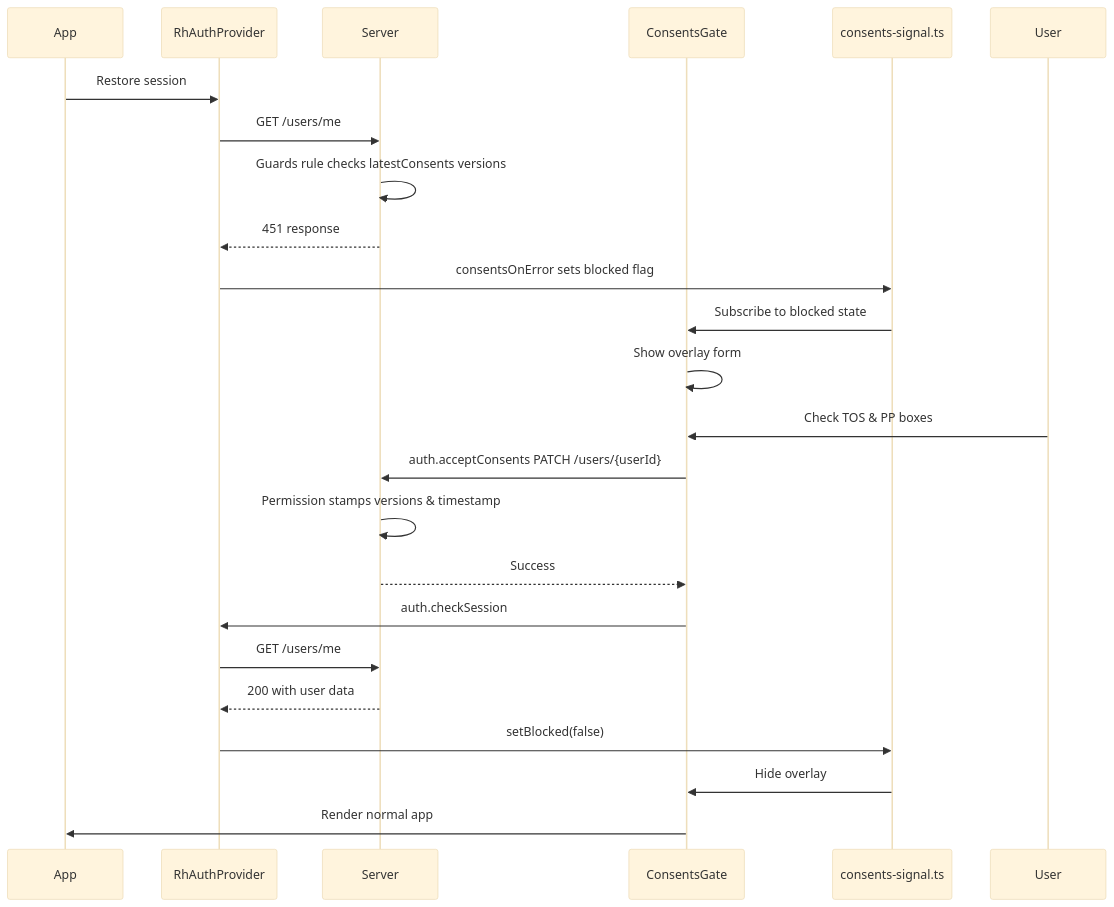
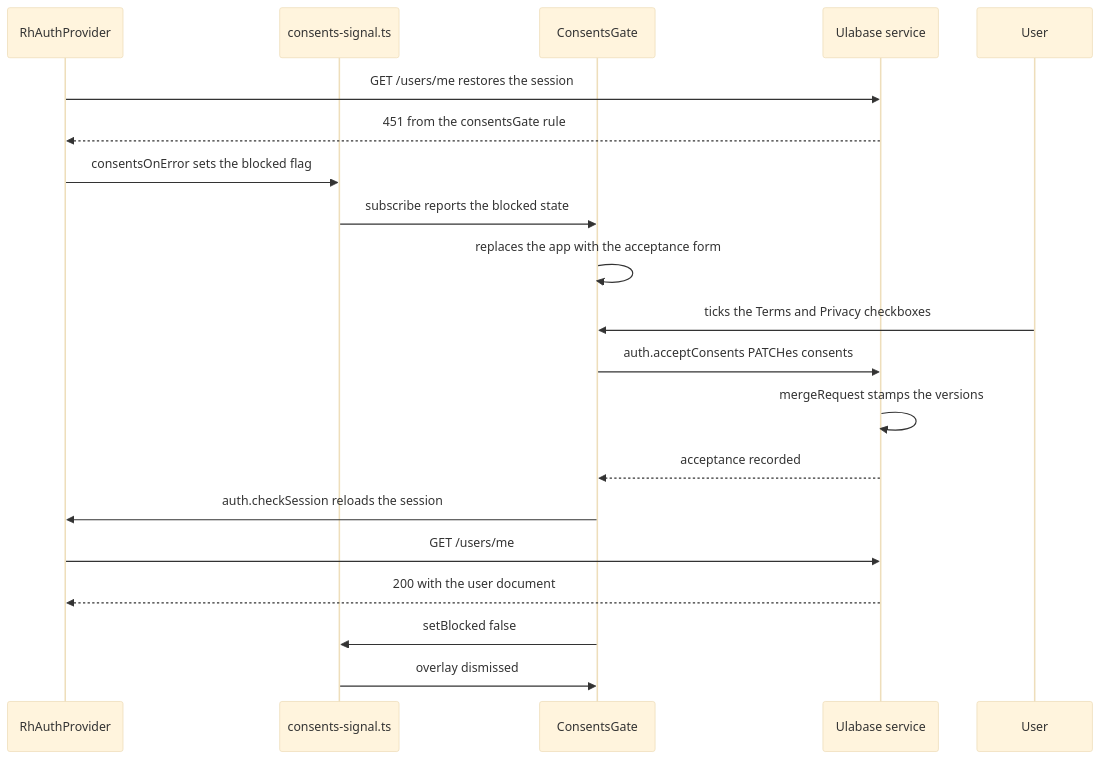
Before and after one commit to ulabase/starter-ecommerce: the diagram in openwiki/workflows/consents-gate.md, drawn with Mermaid (base theme). The commit also changed other lines of this file and 14 other files, not shown here.

````diff
--- a/openwiki/workflows/consents-gate.md
+++ b/openwiki/workflows/consents-gate.md
@@ -58,25 +62,23 @@
 ```mermaid
 sequenceDiagram
-    participant App
-    participant RhAuthProvider
-    participant Server
-    participant ConsentsGate
+    participant Provider as RhAuthProvider
+    participant Signal as consents-signal.ts
+    participant Gate as ConsentsGate
+    participant Service as Ulabase service
+    participant U as User
 
-    App->>RhAuthProvider: Restore session
-    RhAuthProvider->>Server: GET /users/me
-    Server->>Server: Guards rule checks latestConsents versions
-    Server-->>RhAuthProvider: 451 response
-    RhAuthProvider->>consents-signal.ts: consentsOnError sets blocked flag
-    consents-signal.ts->>ConsentsGate: Subscribe to blocked state
-    ConsentsGate->>ConsentsGate: Show overlay form
-    User->>ConsentsGate: Check TOS & PP boxes
-    ConsentsGate->>Server: auth.acceptConsents PATCH /users/{userId}
-    Server->>Server: Permission stamps versions & timestamp
-    Server-->>ConsentsGate: Success
-    ConsentsGate->>RhAuthProvider: auth.checkSession
-    RhAuthProvider->>Server: GET /users/me
-    Server-->>RhAuthProvider: 200 with user data
-    RhAuthProvider->>consents-signal.ts: setBlocked(false)
-    consents-signal.ts->>ConsentsGate: Hide overlay
-    ConsentsGate->>App: Render normal app
+    Provider->>Service: GET /users/me restores the session
+    Service-->>Provider: 451 from the consentsGate rule
+    Provider->>Signal: consentsOnError sets the blocked flag
+    Signal->>Gate: subscribe reports the blocked state
+    Gate->>Gate: replaces the app with the acceptance form
+    U->>Gate: ticks the Terms and Privacy checkboxes
+    Gate->>Service: auth.acceptConsents PATCHes consents
+    Service->>Service: mergeRequest stamps the versions
+    Service-->>Gate: acceptance recorded
+    Gate->>Provider: auth.checkSession reloads the session
+    Provider->>Service: GET /users/me
+    Service-->>Provider: 200 with the user document
+    Gate->>Signal: setBlocked false
+    Signal->>Gate: overlay dismissed
 ```
````
